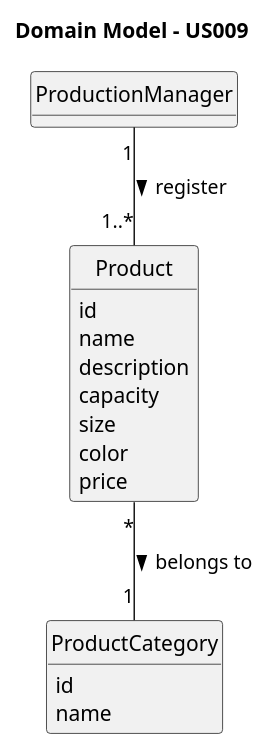
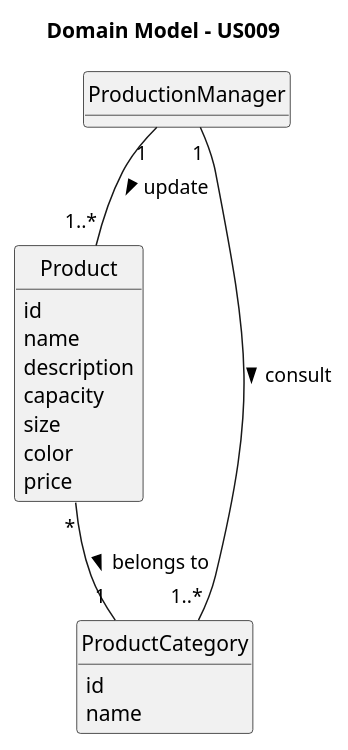
Before and after one commit to daniel41silva05/Production_Control_Industrial_ISEP: the diagram in documentation/user-stories/us011/02.analysis/puml/us011-domain-model.puml, drawn with PlantUML. The commit also changed 9 other files, not shown here.

```diff
--- a/documentation/user-stories/us011/02.analysis/puml/us011-domain-model.puml
+++ b/documentation/user-stories/us011/02.analysis/puml/us011-domain-model.puml
@@ -1,34 +1,35 @@
 @startuml
 skinparam monochrome true
 skinparam packageStyle rectangle
 skinparam shadowing false
 
 skinparam classAttributeIconSize 0
 
 hide circle
 hide methods
 
 title Domain Model - US009
 
 class ProductionManager {
 }
 
 class Product {
     id
     name
     description
     capacity
     size
     color
     price
 }
 
 class ProductCategory {
     id
     name
 }
 
-ProductionManager "1" -- "1..*" Product : register >
+ProductionManager "1" -- "1..*" ProductCategory : consult >
+ProductionManager "1" -- "1..*" Product : update >
 Product "*" -- "1" ProductCategory : belongs to >
 
 @enduml
```
